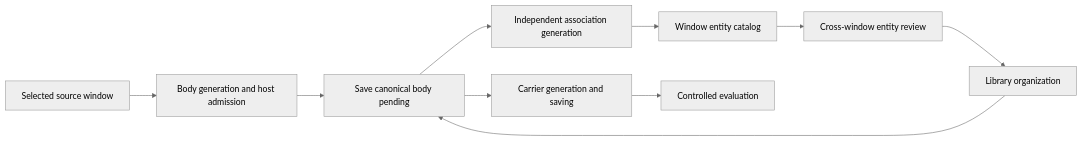
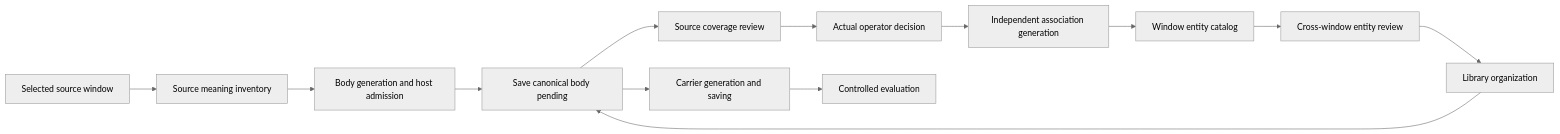
The diagram in docs/specs/knowledge/knowledge-domain-model.md (lizhiyao/oh-my-knowledge), drawn with Mermaid (neutral theme) before and after one commit. The commit also changed other lines of this file and 76 other files, not shown here.

First line of the commit message:
feat(knowledge)!: BREAKING-SCHEMA/API/WIRE/COMPARABILITY 接通来源先行的四阶段生成 (#1413)

````diff
--- a/docs/specs/knowledge/knowledge-domain-model.md
+++ b/docs/specs/knowledge/knowledge-domain-model.md
@@ -30,12 +32,15 @@
 ```mermaid
 flowchart LR
-  source[Selected source window] --> extract[Body generation and host admission]
+  source[Selected source window] --> ledger[Source meaning inventory]
+  ledger --> extract[Body generation and host admission]
   extract --> knowledge[Save canonical body pending]
-  knowledge --> association[Independent association generation]
+  knowledge --> coverage[Source coverage review]
+  coverage --> decision[Actual operator decision]
+  decision --> association[Independent association generation]
   association --> catalog[Window entity catalog]
   catalog --> review[Cross-window entity review]
   review --> library[Library organization]
   library --> knowledge
   knowledge --> carrier[Carrier generation and saving]
   carrier --> evaluate[Controlled evaluation]
 ```
````
